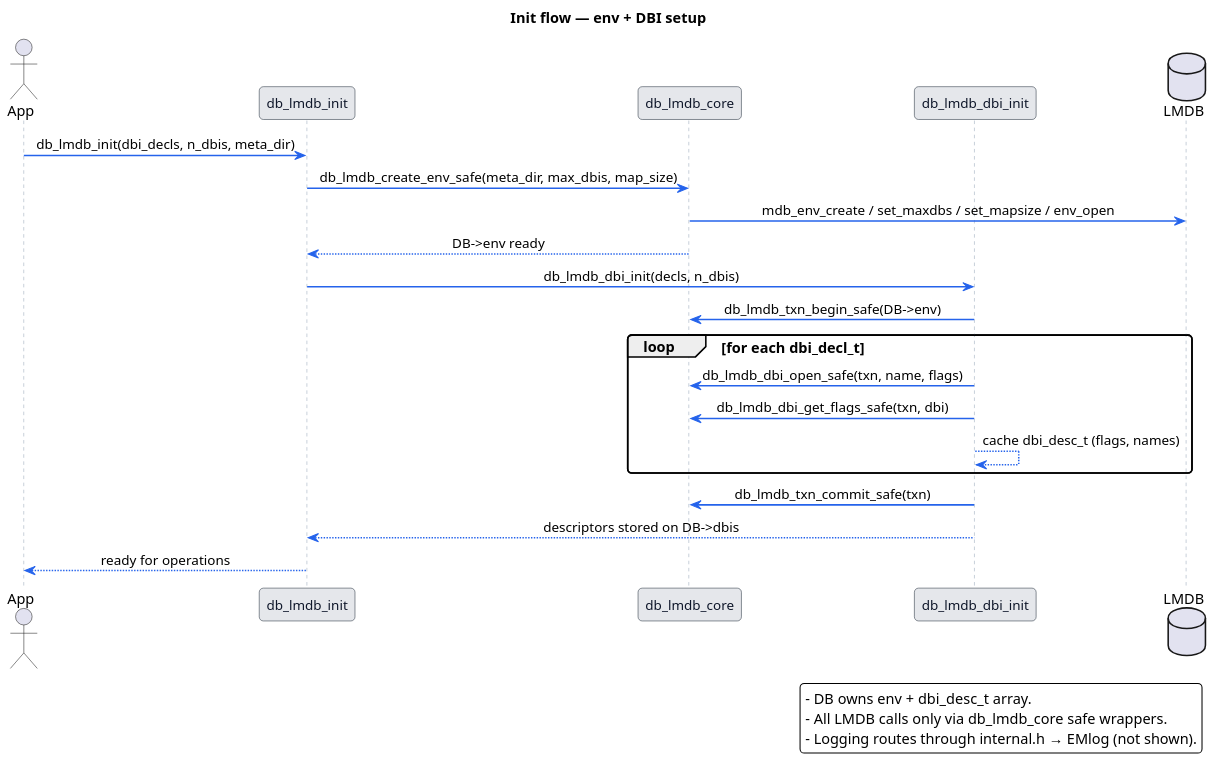
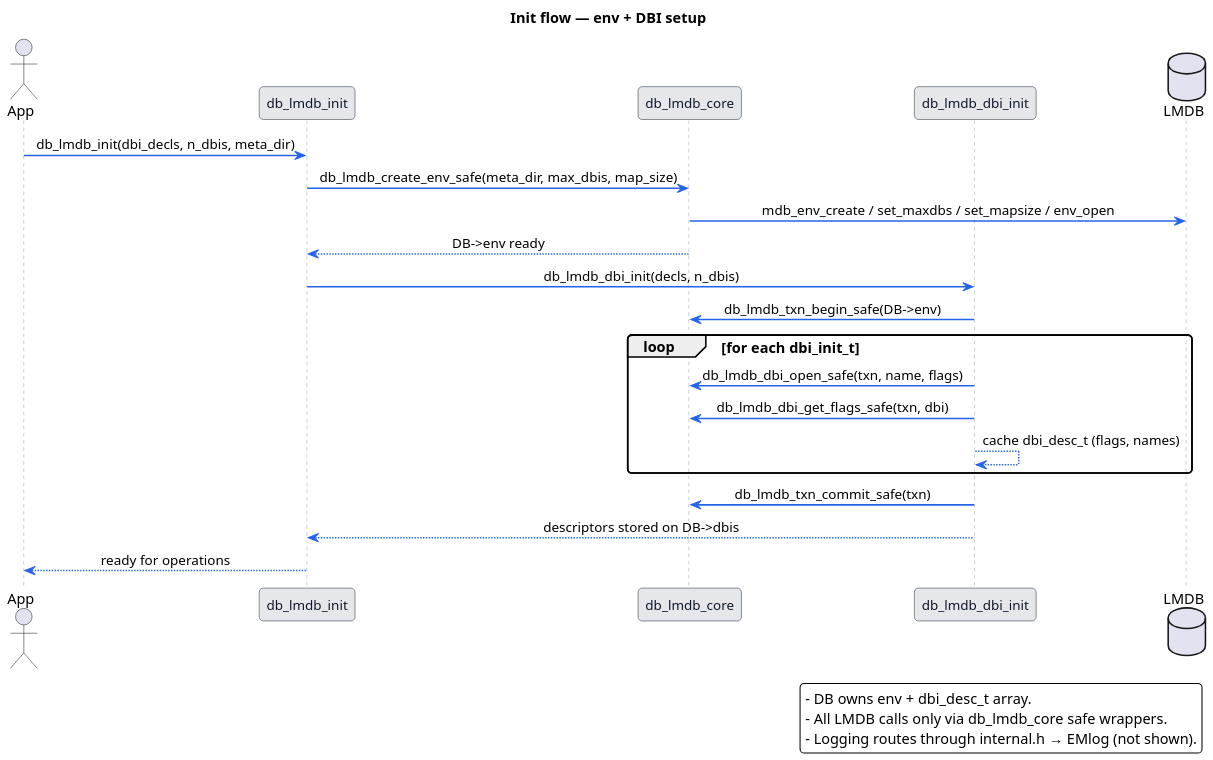
Before and after one commit to RomanHorshkov/DB_lmdb: the diagram in docs/plantuml/dynamic_init.puml, drawn with PlantUML. The commit also changed 17 other files, not shown here.

```diff
--- a/docs/plantuml/dynamic_init.puml
+++ b/docs/plantuml/dynamic_init.puml
@@ -1,56 +1,56 @@
 @startuml
 ' Standalone PlantUML for init flow (no external includes).
 skinparam shadowing false
 skinparam roundCorner 8
 skinparam backgroundColor #FFFFFF
 skinparam dpi 140
 skinparam defaultFontName "Arial"
 skinparam defaultFontSize 14
 skinparam defaultTextAlignment left
 skinparam ArrowColor #2563EB
 skinparam ArrowThickness 1.5
 skinparam ArrowFontSize 13
 skinparam sequence {
   ArrowColor #2563EB
   LifeLineBorderColor #94A3B8
   LifeLineBackgroundColor #F8FAFC
   ParticipantBorderColor #1F2937
   ParticipantBackgroundColor #E5E7EB
   ParticipantFontColor #0F172A
   ParticipantFontSize 13
   MessageAlign center
   BoxBorderColor #CBD5E1
   BoxBackgroundColor #F8FAFC
 }
 
 title Init flow — env + DBI setup
 
 actor App as Caller
 participant API as "db_lmdb_init"
 participant Core as "db_lmdb_core"
 participant DBI as "db_lmdb_dbi_init"
 database LMDB as "LMDB"
 
 Caller -> API : db_lmdb_init(dbi_decls, n_dbis, meta_dir)
 API -> Core : db_lmdb_create_env_safe(meta_dir, max_dbis, map_size)
 Core -> LMDB : mdb_env_create / set_maxdbs / set_mapsize / env_open
 Core --> API : DB->env ready
 
 API -> DBI : db_lmdb_dbi_init(decls, n_dbis)
 DBI -> Core : db_lmdb_txn_begin_safe(DB->env)
-loop for each dbi_decl_t
+loop for each dbi_init_t
     DBI -> Core : db_lmdb_dbi_open_safe(txn, name, flags)
     DBI -> Core : db_lmdb_dbi_get_flags_safe(txn, dbi)
     DBI --> DBI : cache dbi_desc_t (flags, names)
 end
 DBI -> Core : db_lmdb_txn_commit_safe(txn)
 DBI --> API : descriptors stored on DB->dbis
 API --> Caller : ready for operations
 
 legend right
 - DB owns env + dbi_desc_t array.
 - All LMDB calls only via db_lmdb_core safe wrappers.
 - Logging routes through internal.h → EMlog (not shown).
 endlegend
 
 @enduml
```
